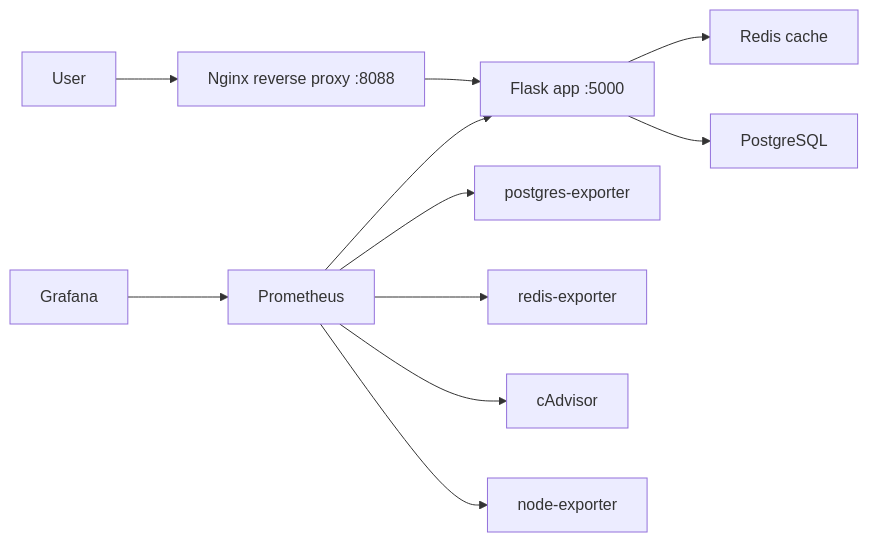
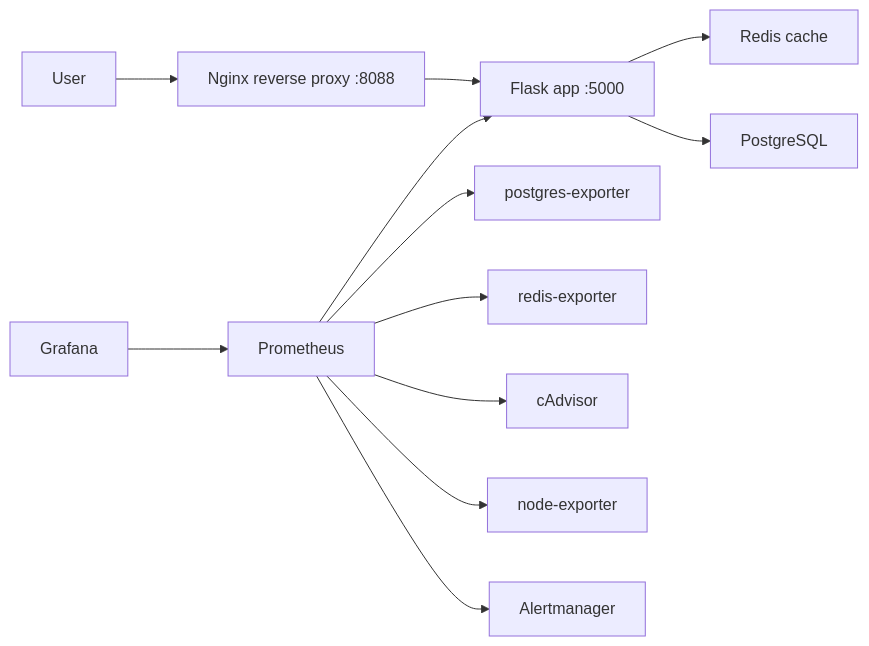
One commit to x2slow4u/my-app changed the diagram in docs/architecture.md. Above: the diagram before and after it, drawn with Mermaid. The commit also changed other lines of this file and 7 other files, not shown here.

````diff
--- a/docs/architecture.md
+++ b/docs/architecture.md
@@ -22,13 +23,14 @@
 ```mermaid
 flowchart LR
     User["User"] --> Nginx["Nginx reverse proxy :8088"]
     Nginx --> Web["Flask app :5000"]
     Web --> Redis["Redis cache"]
     Web --> DB["PostgreSQL"]
     Prom["Prometheus"] --> Web
     Prom --> PgExp["postgres-exporter"]
     Prom --> RedisExp["redis-exporter"]
     Prom --> CAdvisor["cAdvisor"]
     Prom --> NodeExp["node-exporter"]
+    Prom --> Alertmanager["Alertmanager"]
     Grafana["Grafana"] --> Prom
 ```
````
